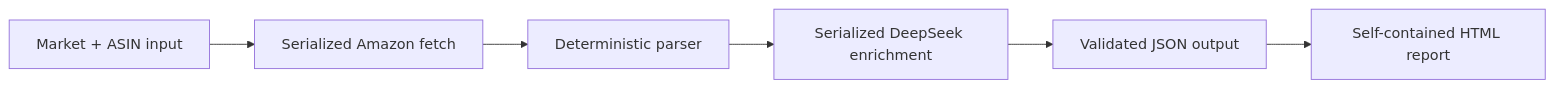
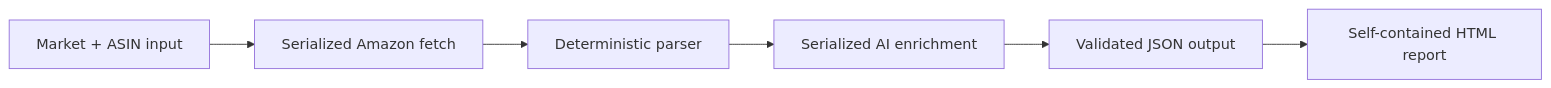
The diagram in README.md (christycap/review-genius), drawn with Mermaid before and after one commit. The commit also changed other lines of this file and 11 other files, not shown here.

````diff
--- a/README.md
+++ b/README.md
@@ -27,8 +27,8 @@
 ```mermaid
 flowchart LR
     A[Market + ASIN input] --> B[Serialized Amazon fetch]
     B --> C[Deterministic parser]
-    C --> D[Serialized DeepSeek enrichment]
+    C --> D[Serialized AI enrichment]
     D --> E[Validated JSON output]
     E --> F[Self-contained HTML report]
 ```
````
